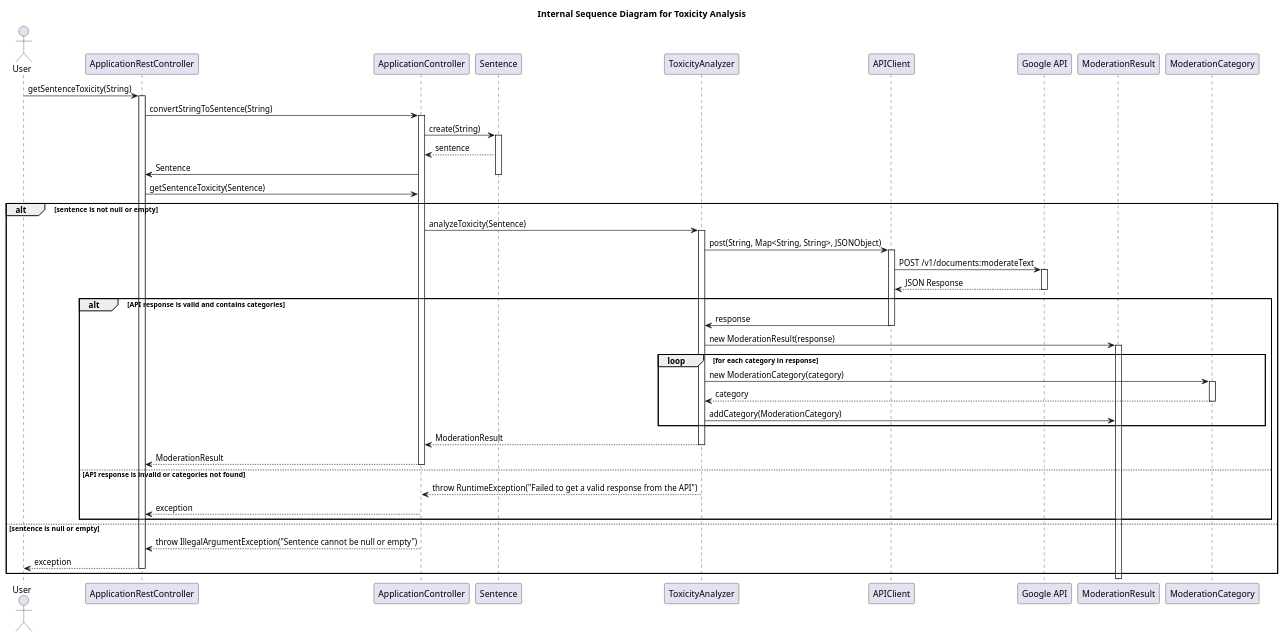
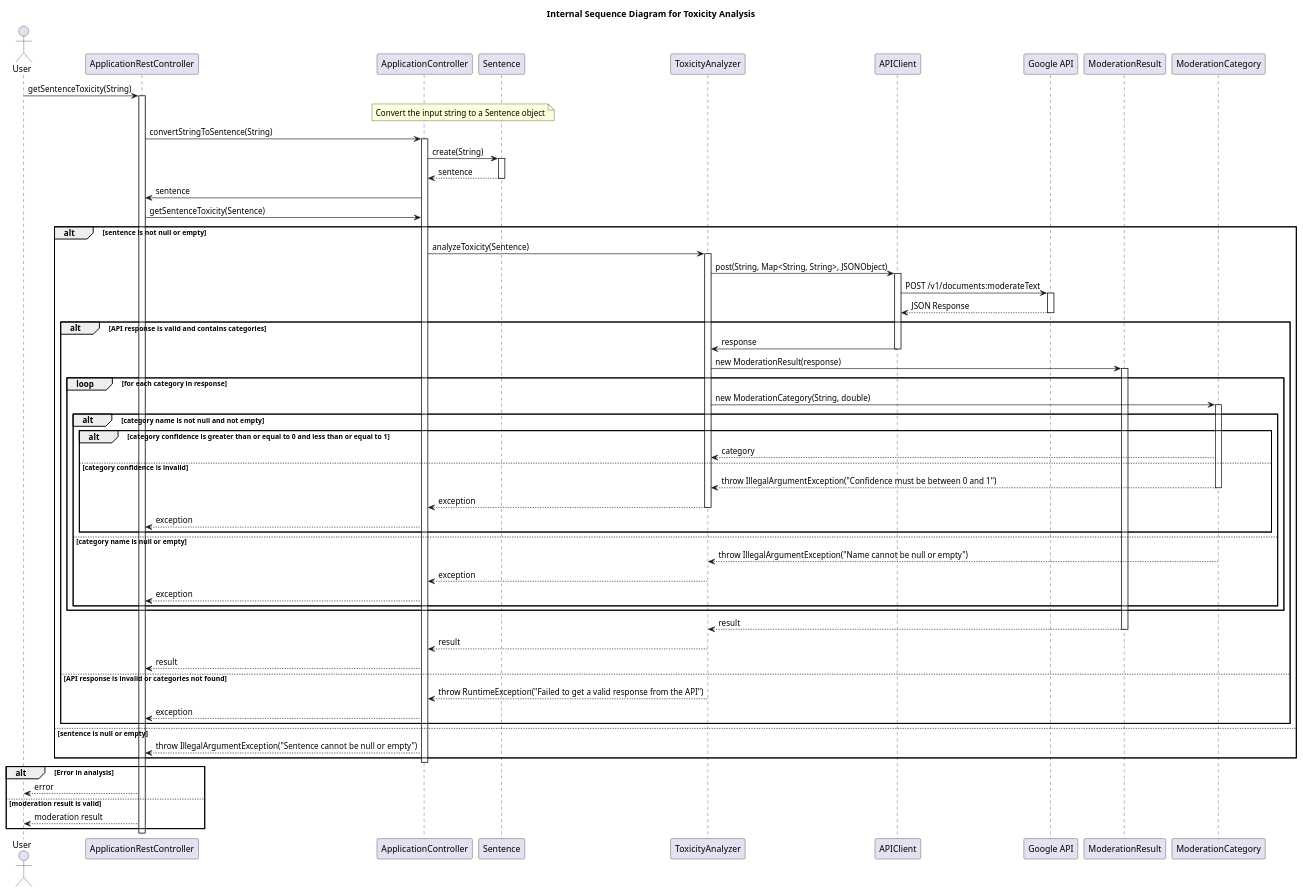
Before and after one commit to liamtoaldo/NonSenseGenerator: the diagram in docs/diagrams/internal-sequence/toxicity-analysis.plantuml, drawn with PlantUML. The commit also changed 2 other files, not shown here.

Commit message:
FIX - Aggiornato il diagramma di sequenza interno per la generazione di frasi e per l'analisi della tossicità

```diff
--- a/docs/diagrams/internal-sequence/toxicity-analysis.plantuml
+++ b/docs/diagrams/internal-sequence/toxicity-analysis.plantuml
@@ -1,61 +1,82 @@
 @startuml
 title Internal Sequence Diagram for Toxicity Analysis
 actor User
 participant "ApplicationRestController"
 participant "ApplicationController"
 participant "Sentence"
 participant "ToxicityAnalyzer"
 participant "APIClient"
 participant "Google API"
 participant "ModerationResult"
 participant "ModerationCategory"
 
 User -> ApplicationRestController: getSentenceToxicity(String)
 activate ApplicationRestController
+note over ApplicationController, Sentence: Convert the input string to a Sentence object
 ApplicationRestController -> ApplicationController: convertStringToSentence(String)
 activate ApplicationController
 ApplicationController -> Sentence: create(String)
 activate Sentence
 Sentence --> ApplicationController: sentence
-ApplicationController -> ApplicationRestController: Sentence
 deactivate Sentence
+ApplicationController -> ApplicationRestController: sentence
 ApplicationRestController -> ApplicationController: getSentenceToxicity(Sentence)
 alt sentence is not null or empty
     ApplicationController -> ToxicityAnalyzer: analyzeToxicity(Sentence)
     activate ToxicityAnalyzer
 
     ToxicityAnalyzer -> APIClient: post(String, Map<String, String>, JSONObject)
     activate APIClient
     APIClient -> "Google API": POST /v1/documents:moderateText
     activate "Google API"
     "Google API" --> APIClient: JSON Response
     deactivate "Google API"
     alt API response is valid and contains categories
         APIClient -> ToxicityAnalyzer: response
         deactivate APIClient
         ToxicityAnalyzer -> ModerationResult: new ModerationResult(response)
         activate ModerationResult
         loop for each category in response
-            ToxicityAnalyzer -> ModerationCategory: new ModerationCategory(category)
+            ToxicityAnalyzer -> ModerationCategory: new ModerationCategory(String, double)
             activate ModerationCategory
-            ModerationCategory --> ToxicityAnalyzer: category
+            alt category name is not null and not empty
+                alt category confidence is greater than or equal to 0 and less than or equal to 1
+                    ModerationCategory --> ToxicityAnalyzer: category
+                else category confidence is invalid
+                    ModerationCategory --> ToxicityAnalyzer: throw IllegalArgumentException("Confidence must be between 0 and 1")
+                    deactivate ModerationCategory
+                    ToxicityAnalyzer --> ApplicationController: exception
+                    deactivate ToxicityAnalyzer
+                    ApplicationController --> ApplicationRestController: exception
+                end
+            else category name is null or empty
+                ModerationCategory --> ToxicityAnalyzer: throw IllegalArgumentException("Name cannot be null or empty")
+                deactivate ModerationCategory
+                ToxicityAnalyzer --> ApplicationController: exception
+                deactivate ToxicityAnalyzer
+                ApplicationController --> ApplicationRestController: exception
+            end
             deactivate ModerationCategory
-            ToxicityAnalyzer -> ModerationResult: addCategory(ModerationCategory)
         end
-        ToxicityAnalyzer --> ApplicationController: ModerationResult
-        deactivate ToxicityAnalyzer
-        ApplicationController --> ApplicationRestController: ModerationResult
-        deactivate ApplicationController
+        ModerationResult --> ToxicityAnalyzer: result
+        deactivate ModerationResult
+        ToxicityAnalyzer --> ApplicationController: result
+        ApplicationController --> ApplicationRestController: result
     else API response is invalid or categories not found
         ToxicityAnalyzer --> ApplicationController: throw RuntimeException("Failed to get a valid response from the API")
         deactivate ToxicityAnalyzer
         ApplicationController --> ApplicationRestController: exception
-        deactivate ApplicationController
     end
+    deactivate ToxicityAnalyzer
 else sentence is null or empty
     ApplicationController --> ApplicationRestController: throw IllegalArgumentException("Sentence cannot be null or empty")
-    deactivate ApplicationController
-    ApplicationRestController --> User: exception
-    deactivate ApplicationRestController
 end
+deactivate ApplicationController
+
+alt Error in analysis
+    ApplicationRestController --> User: error
+else moderation result is valid
+    ApplicationRestController --> User: moderation result
+end
+deactivate ApplicationRestController
 @enduml
```
